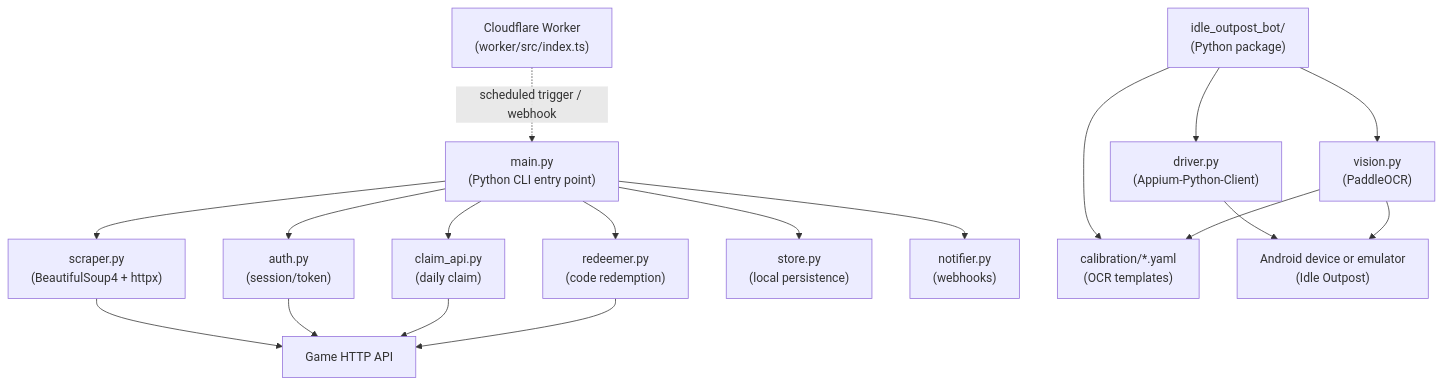
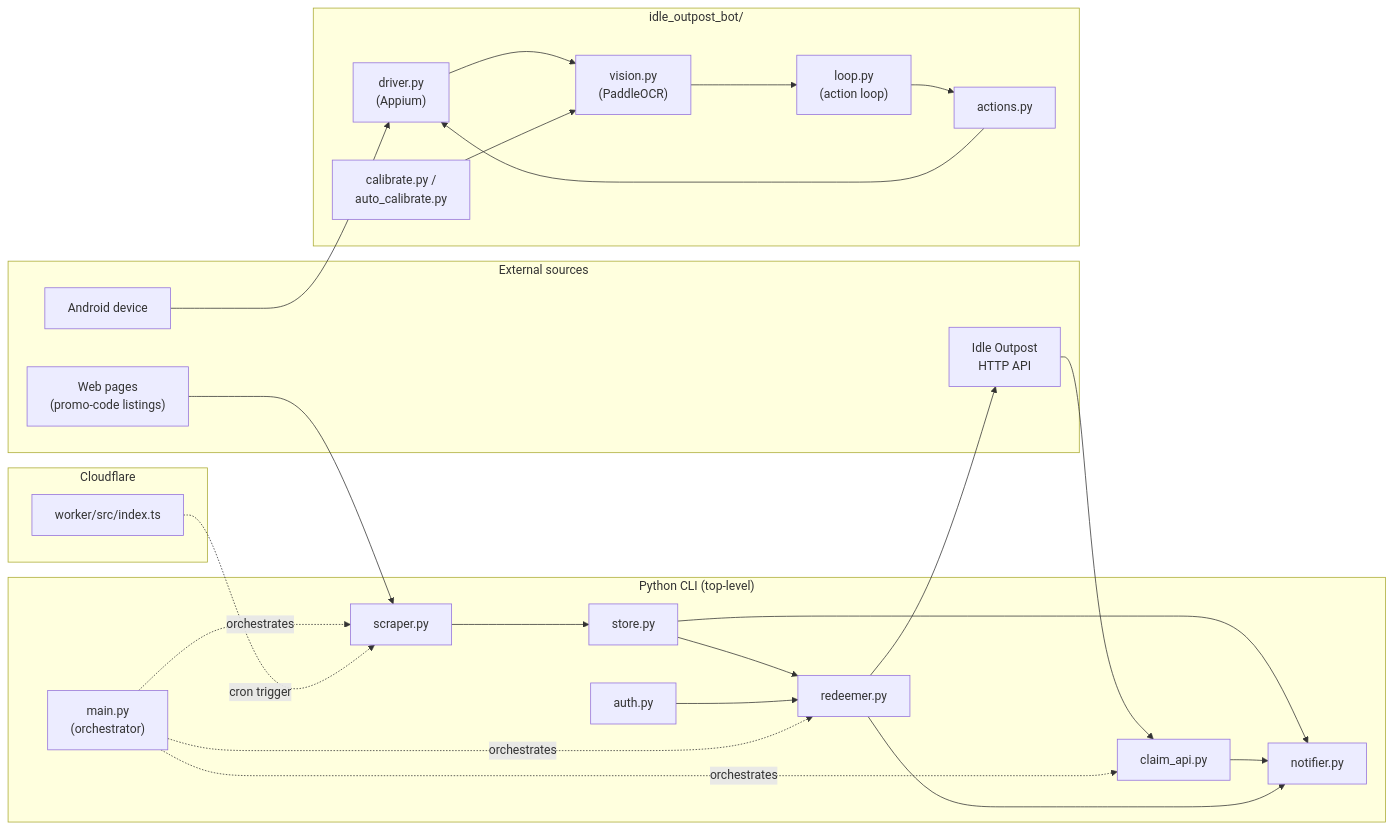
One commit to jclee941/idle-outpost changed the diagram in README.md. Above: the diagram before and after it, drawn with Mermaid. The commit also changed other lines of this file, not shown here.

Commit message:
docs: auto-update README.md (#367)

````diff
--- a/README.md
+++ b/README.md
@@ -42,35 +41,52 @@
 ```mermaid
-flowchart TB
-  Worker["Cloudflare Worker<br/>(worker/src/index.ts)"]
-  CLI["main.py<br/>(Python CLI entry point)"]
-  Scraper["scraper.py<br/>(BeautifulSoup4 + httpx)"]
-  Auth["auth.py<br/>(session/token)"]
-  Claim["claim_api.py<br/>(daily claim)"]
-  Redeemer["redeemer.py<br/>(code redemption)"]
-  Store["store.py<br/>(local persistence)"]
-  Notifier["notifier.py<br/>(webhooks)"]
-  Bot["idle_outpost_bot/<br/>(Python package)"]
-  Driver["driver.py<br/>(Appium-Python-Client)"]
-  Vision["vision.py<br/>(PaddleOCR)"]
-  Cfg["calibration/*.yaml<br/>(OCR templates)"]
-  Device["Android device or emulator<br/>(Idle Outpost)"]
-  API["Game HTTP API"]
+flowchart LR
+    subgraph Sources["External sources"]
+        WEB["Web pages<br/>(promo-code listings)"]
+        GAME["Idle Outpost<br/>HTTP API"]
+        DEVICE["Android device"]
+    end
 
-  Worker -. "scheduled trigger / webhook" .-> CLI
-  CLI --> Scraper
-  CLI --> Auth
-  CLI --> Claim
-  CLI --> Redeemer
-  CLI --> Store
-  CLI --> Notifier
-  Scraper --> API
-  Auth --> API
-  Claim --> API
-  Redeemer --> API
-  Bot --> Driver
-  Bot --> Vision
-  Bot --> Cfg
-  Driver --> Device
-  Vision --> Cfg
-  Vision --> Device
+    subgraph CLI["Python CLI (top-level)"]
+        SCRAPER["scraper.py"]
+        AUTH["auth.py"]
+        REDEEMER["redeemer.py"]
+        CLAIM["claim_api.py"]
+        STORE["store.py"]
+        NOTIFIER["notifier.py"]
+        MAIN["main.py<br/>(orchestrator)"]
+    end
+
+    subgraph Bot["idle_outpost_bot/"]
+        DRIVER["driver.py<br/>(Appium)"]
+        VISION["vision.py<br/>(PaddleOCR)"]
+        LOOP["loop.py<br/>(action loop)"]
+        ACTIONS["actions.py"]
+        CALIB["calibrate.py /<br/>auto_calibrate.py"]
+    end
+
+    subgraph Edge["Cloudflare"]
+        WORKER["worker/src/index.ts"]
+    end
+
+    WEB --> SCRAPER
+    SCRAPER --> STORE
+    STORE --> REDEEMER
+    AUTH --> REDEEMER
+    REDEEMER --> GAME
+    GAME --> CLAIM
+    STORE --> NOTIFIER
+    CLAIM --> NOTIFIER
+    REDEEMER --> NOTIFIER
+    MAIN -.orchestrates.-> SCRAPER
+    MAIN -.orchestrates.-> REDEEMER
+    MAIN -.orchestrates.-> CLAIM
+
+    DEVICE --> DRIVER
+    DRIVER --> VISION
+    VISION --> LOOP
+    LOOP --> ACTIONS
+    ACTIONS --> DRIVER
+    CALIB --> VISION
+
+    WORKER -.cron trigger.-> SCRAPER
 ```
````
